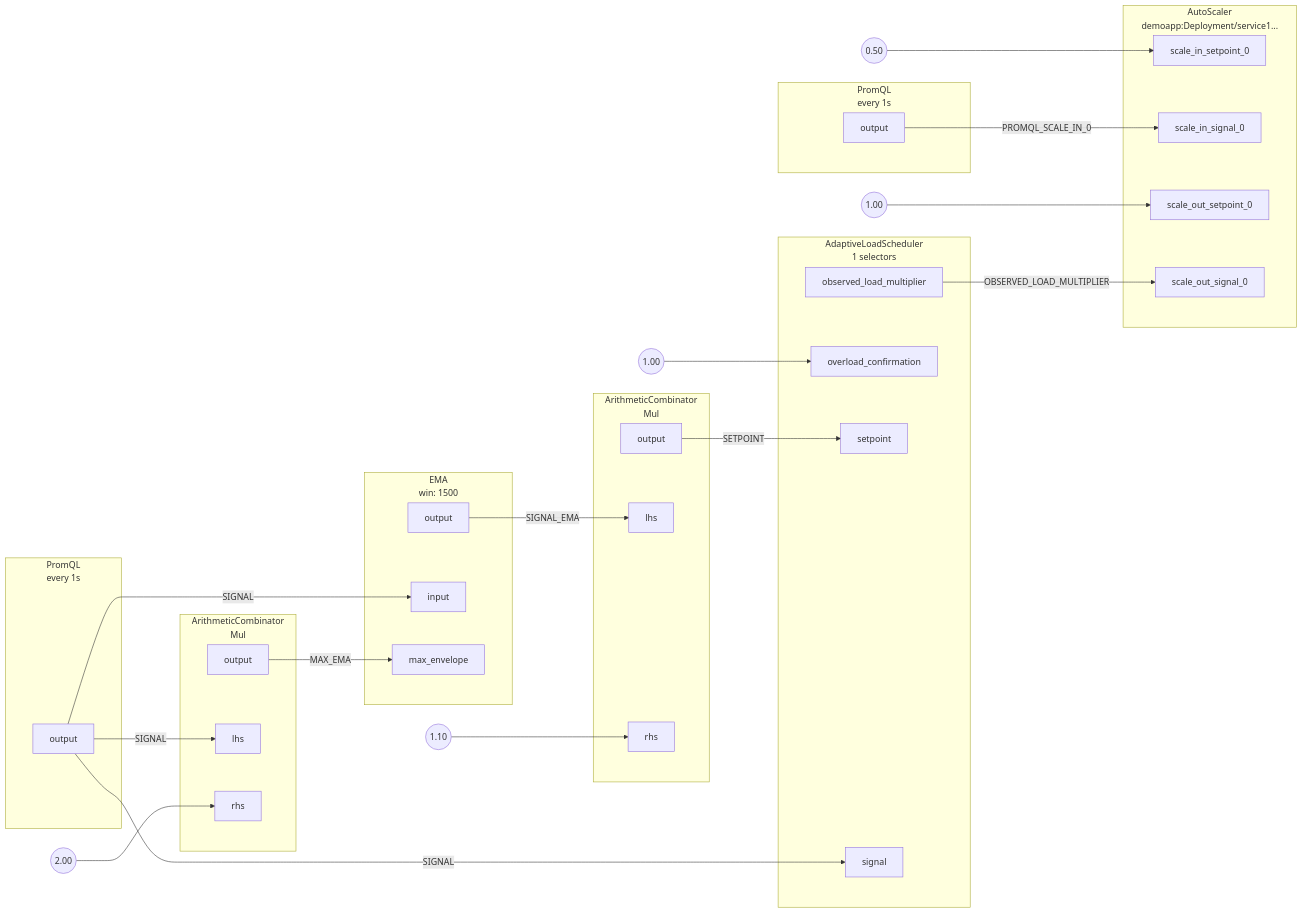
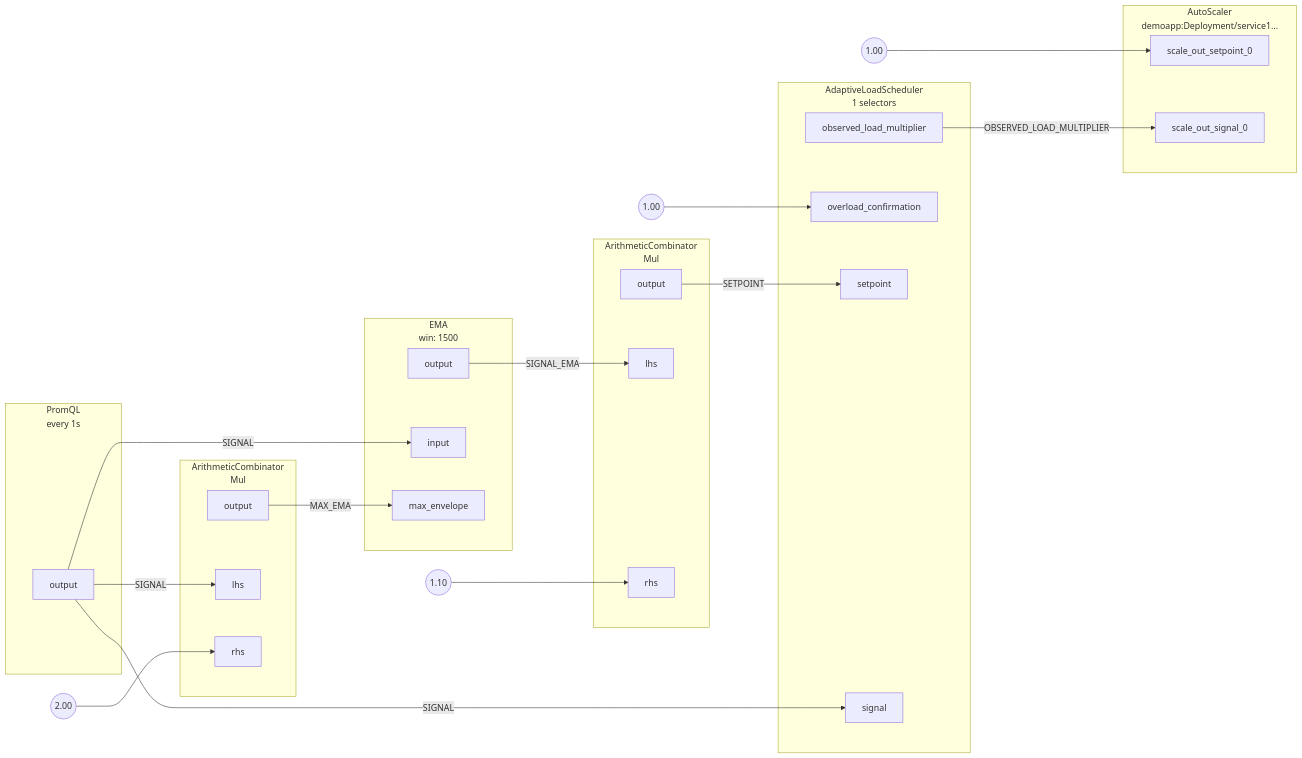
The diagram in docs/content/applying-policies/auto-scale/load-based-auto-scaling/assets/graph.mmd (dataongunlaws/aperture), drawn with Mermaid before and after one commit. The commit also changed 26 other files, not shown here.

First line of the commit message:
Replaced promql based scale in controller with optional periodic scale in controller (#1947)

```diff
--- a/docs/content/applying-policies/auto-scale/load-based-auto-scaling/assets/graph.mmd
+++ b/docs/content/applying-policies/auto-scale/load-based-auto-scaling/assets/graph.mmd
@@ -1,85 +1,74 @@
 flowchart LR
 subgraph root.0[<center>AdaptiveLoadScheduler<br/>1 selectors</center>]
 subgraph root.0_inports[ ]
 style root.0_inports fill:none,stroke:none
 root.0overload_confirmation[overload_confirmation]
 root.0setpoint[setpoint]
 root.0signal[signal]
 end
 subgraph root.0_outports[ ]
 style root.0_outports fill:none,stroke:none
 root.0observed_load_multiplier[observed_load_multiplier]
 end
 end
 root.0_overload_confirmation_FakeConstantout((1.00))
 subgraph root.1[<center>PromQL<br/>every 1s</center>]
 subgraph root.1_outports[ ]
 style root.1_outports fill:none,stroke:none
 root.1output[output]
 end
 end
 subgraph root.2[<center>ArithmeticCombinator<br/>Mul</center>]
 subgraph root.2_inports[ ]
 style root.2_inports fill:none,stroke:none
 root.2lhs[lhs]
 root.2rhs[rhs]
 end
 subgraph root.2_outports[ ]
 style root.2_outports fill:none,stroke:none
 root.2output[output]
 end
 end
 root.2_rhs_FakeConstantout((2.00))
 subgraph root.3[<center>EMA<br/>win: 1500</center>]
 subgraph root.3_inports[ ]
 style root.3_inports fill:none,stroke:none
 root.3input[input]
 root.3max_envelope[max_envelope]
 end
 subgraph root.3_outports[ ]
 style root.3_outports fill:none,stroke:none
 root.3output[output]
 end
 end
 subgraph root.4[<center>ArithmeticCombinator<br/>Mul</center>]
 subgraph root.4_inports[ ]
 style root.4_inports fill:none,stroke:none
 root.4lhs[lhs]
 root.4rhs[rhs]
 end
 subgraph root.4_outports[ ]
 style root.4_outports fill:none,stroke:none
 root.4output[output]
 end
 end
 root.4_rhs_FakeConstantout((1.10))
 subgraph root.5[<center>AutoScaler<br/>demoapp:Deployment/service1...</center>]
 subgraph root.5_inports[ ]
 style root.5_inports fill:none,stroke:none
-root.5scale_in_setpoint_0[scale_in_setpoint_0]
-root.5scale_in_signal_0[scale_in_signal_0]
 root.5scale_out_setpoint_0[scale_out_setpoint_0]
 root.5scale_out_signal_0[scale_out_signal_0]
 end
 end
-root.5_scale_in_setpoint_0_FakeConstantout((0.50))
 root.5_scale_out_setpoint_0_FakeConstantout((1.00))
-subgraph root.6[<center>PromQL<br/>every 1s</center>]
-subgraph root.6_outports[ ]
-style root.6_outports fill:none,stroke:none
-root.6output[output]
-end
-end
 root.0observed_load_multiplier --> |OBSERVED_LOAD_MULTIPLIER| root.5scale_out_signal_0
 root.0_overload_confirmation_FakeConstantout --> root.0overload_confirmation
 root.1output --> |SIGNAL| root.0signal
 root.1output --> |SIGNAL| root.2lhs
 root.1output --> |SIGNAL| root.3input
 root.2output --> |MAX_EMA| root.3max_envelope
 root.2_rhs_FakeConstantout --> root.2rhs
 root.3output --> |SIGNAL_EMA| root.4lhs
 root.4output --> |SETPOINT| root.0setpoint
 root.4_rhs_FakeConstantout --> root.4rhs
-root.5_scale_in_setpoint_0_FakeConstantout --> root.5scale_in_setpoint_0
 root.5_scale_out_setpoint_0_FakeConstantout --> root.5scale_out_setpoint_0
-root.6output --> |PROMQL_SCALE_IN_0| root.5scale_in_signal_0
```
